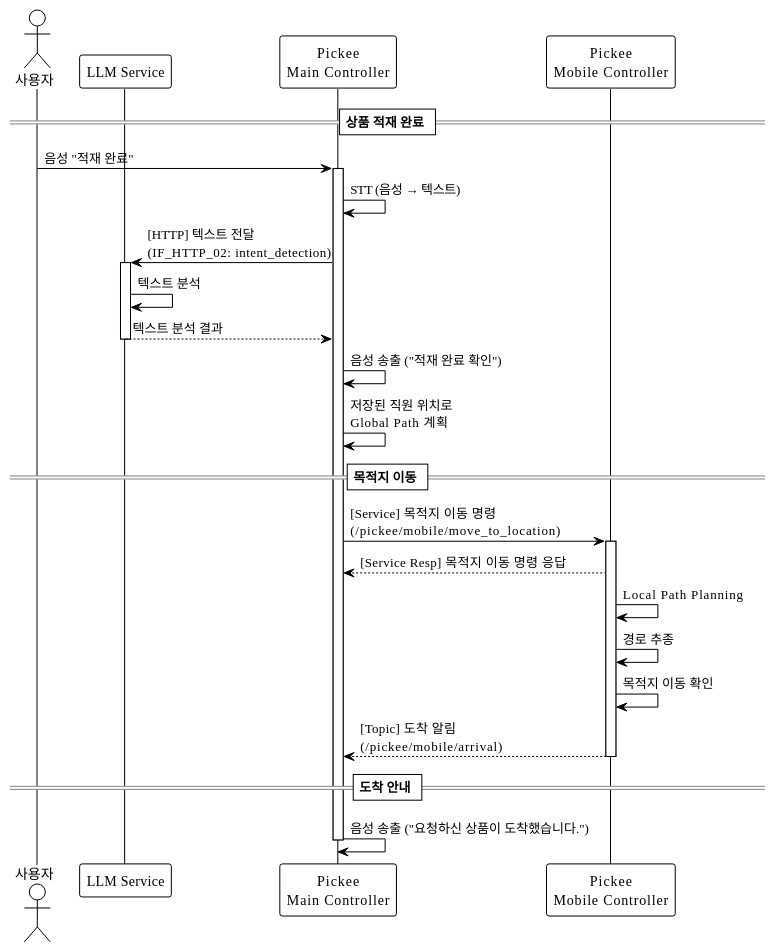
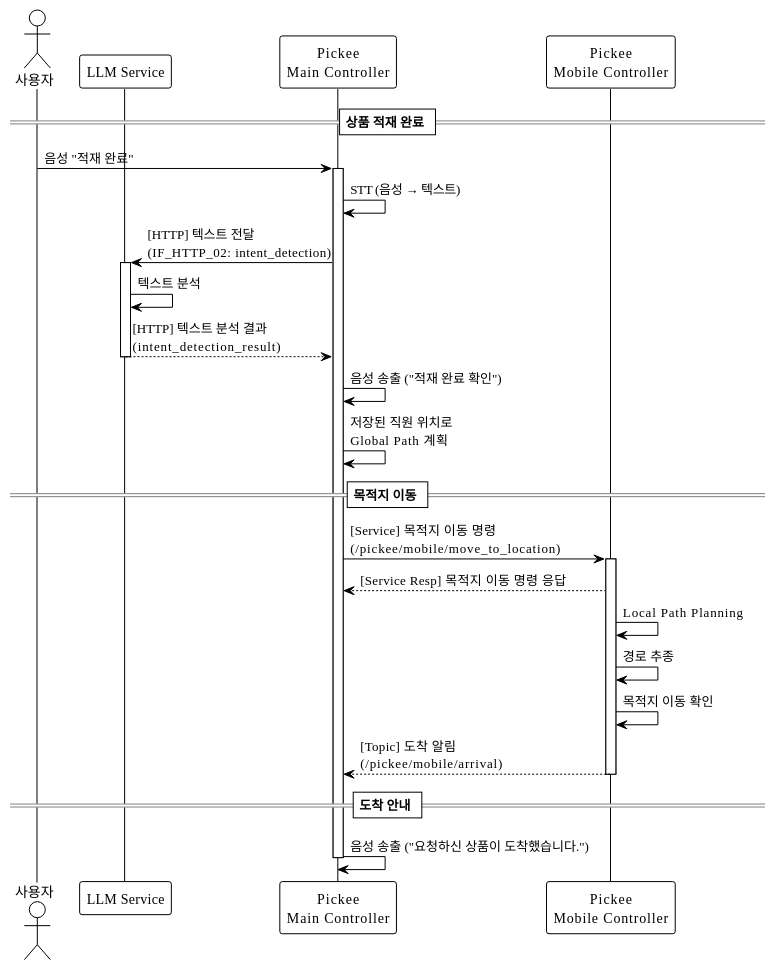
The diagram in docs/SequenceDiagram/SC_06_5.md (addinedu-roscamp-7th/roscamp-repo-1), drawn with PlantUML before and after one commit. The commit also changed 11 other files, not shown here.

```diff
--- a/docs/SequenceDiagram/SC_06_5.md
+++ b/docs/SequenceDiagram/SC_06_5.md
@@ -1,40 +1,40 @@
 @startuml SC_06_5_Pickee_적재완료및이동
 !theme plain
 
 actor 사용자
 participant "LLM Service" as LLM
 participant "Pickee\nMain Controller" as MainCtrl
 participant "Pickee\nMobile Controller" as MobileCtrl
 
 == 상품 적재 완료 ==
 
 사용자 -> MainCtrl: 음성 "적재 완료"
 activate MainCtrl
 MainCtrl -> MainCtrl: STT (음성 → 텍스트)
 MainCtrl -> LLM: [HTTP] 텍스트 전달\n(IF_HTTP_02: intent_detection)
 activate LLM
 LLM -> LLM: 텍스트 분석
-LLM --> MainCtrl: 텍스트 분석 결과
+LLM --> MainCtrl: [HTTP] 텍스트 분석 결과\n(intent_detection_result)
 deactivate LLM
 
 MainCtrl -> MainCtrl: 음성 송출 ("적재 완료 확인")
 MainCtrl -> MainCtrl: 저장된 직원 위치로\nGlobal Path 계획
 
 == 목적지 이동 ==
 
 MainCtrl -> MobileCtrl: [Service] 목적지 이동 명령\n(/pickee/mobile/move_to_location)
 activate MobileCtrl
 MobileCtrl --> MainCtrl: [Service Resp] 목적지 이동 명령 응답
 
 MobileCtrl -> MobileCtrl: Local Path Planning
 MobileCtrl -> MobileCtrl: 경로 추종
 MobileCtrl -> MobileCtrl: 목적지 이동 확인
 MobileCtrl --> MainCtrl: [Topic] 도착 알림\n(/pickee/mobile/arrival)
 deactivate MobileCtrl
 
 == 도착 안내 ==
 
 MainCtrl -> MainCtrl: 음성 송출 ("요청하신 상품이 도착했습니다.")
 deactivate MainCtrl
 
 @enduml
```
